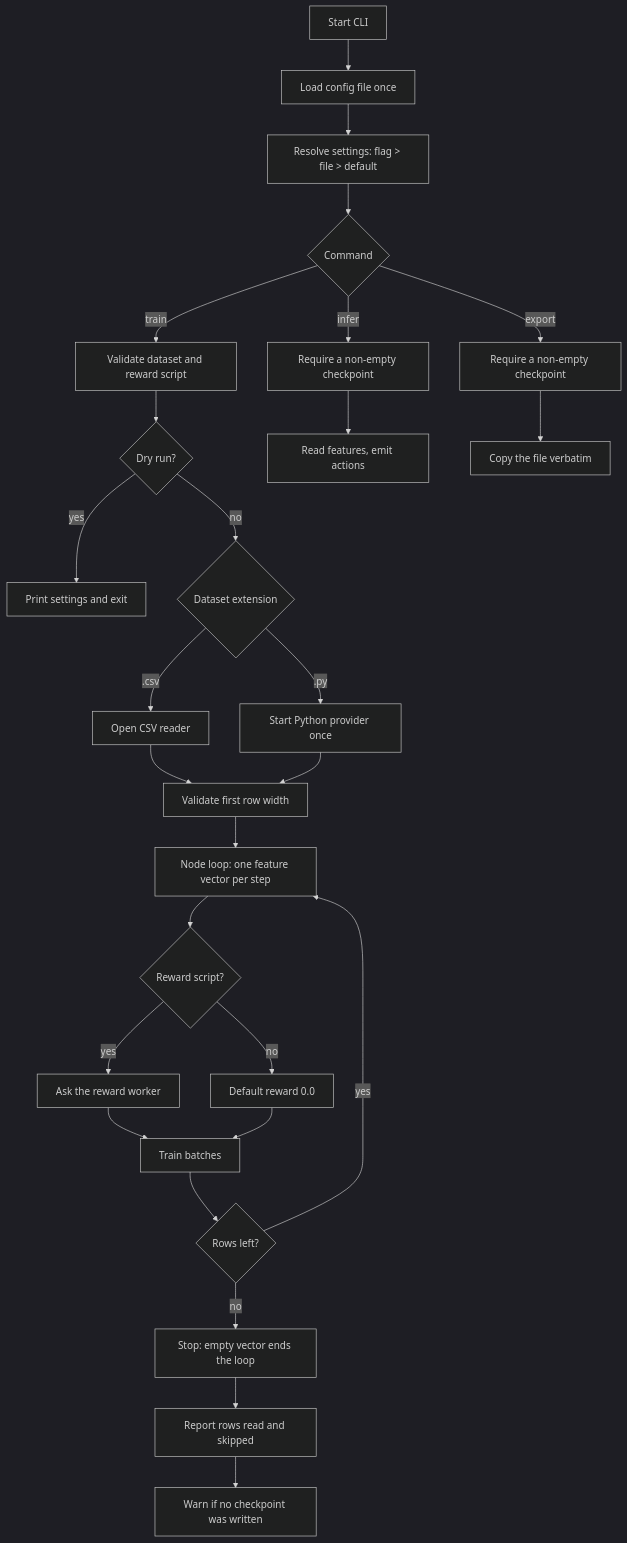
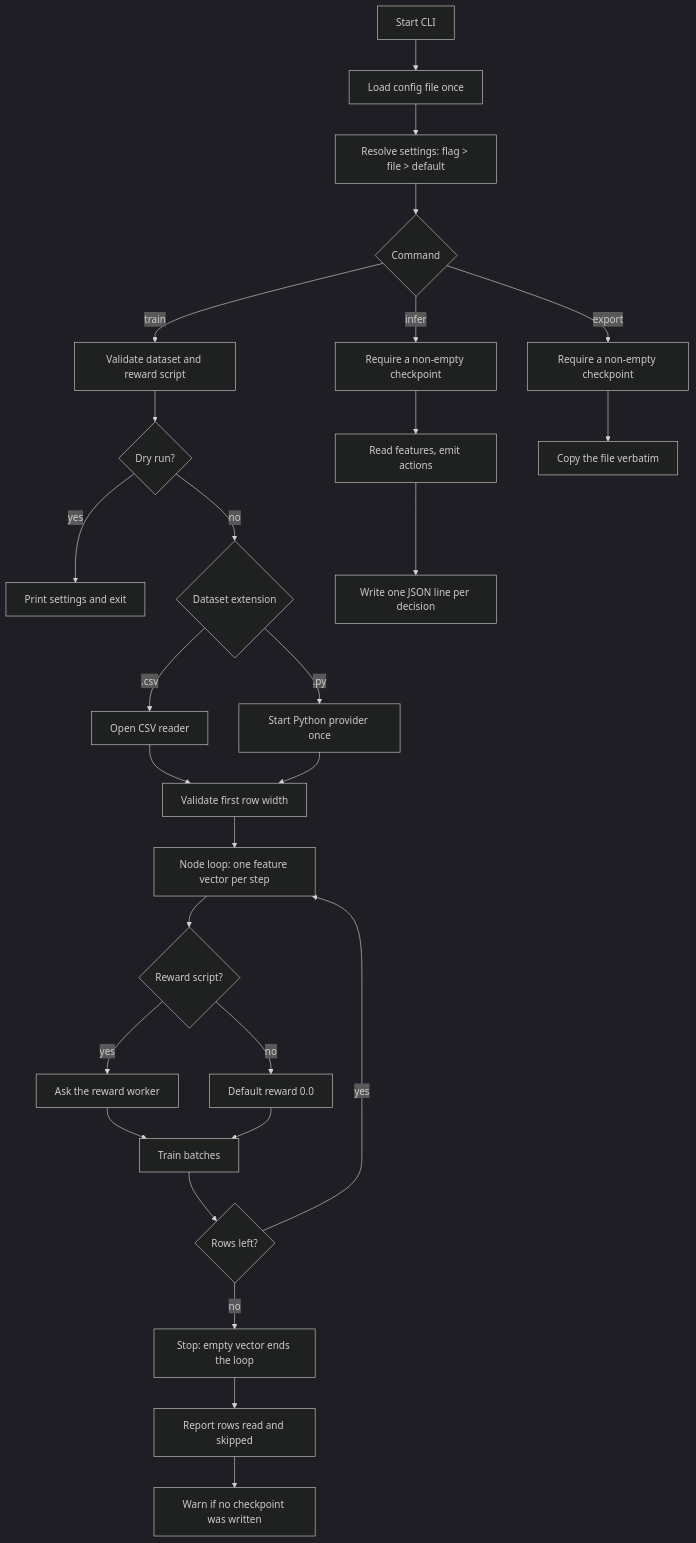
One commit to ali-heidari/RLT-CLI changed the diagram in docs/cli_workflow.md. Above: the diagram before and after it, drawn with Mermaid (dark theme). The commit also changed other lines of this file and 7 other files, not shown here.

First line of the commit message:
fix(infer): emit one JSON line per decision

````diff
--- a/docs/cli_workflow.md
+++ b/docs/cli_workflow.md
@@ -7,32 +7,33 @@
 ```mermaid
 flowchart TD
     A[Start CLI] --> B[Load config file once]
     B --> C[Resolve settings: flag > file > default]
     C --> D{Command}
 
     D --> |train| E[Validate dataset and reward script]
     E --> F{Dry run?}
     F --> |yes| G[Print settings and exit]
     F --> |no| H{Dataset extension}
     H --> |.csv| I[Open CSV reader]
     H --> |.py| J[Start Python provider once]
     I --> K[Validate first row width]
     J --> K
     K --> L[Node loop: one feature vector per step]
     L --> M{Reward script?}
     M --> |yes| N[Ask the reward worker]
     M --> |no| O[Default reward 0.0]
     N --> P[Train batches]
     O --> P
     P --> Q{Rows left?}
     Q --> |yes| L
     Q --> |no| R[Stop: empty vector ends the loop]
     R --> S[Report rows read and skipped]
     S --> T[Warn if no checkpoint was written]
 
     D --> |infer| U[Require a non-empty checkpoint]
     U --> V[Read features, emit actions]
+    V --> V2[Write one JSON line per decision]
 
     D --> |export| W[Require a non-empty checkpoint]
     W --> X[Copy the file verbatim]
 ```
````
